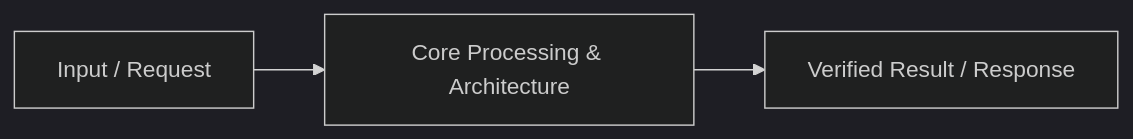
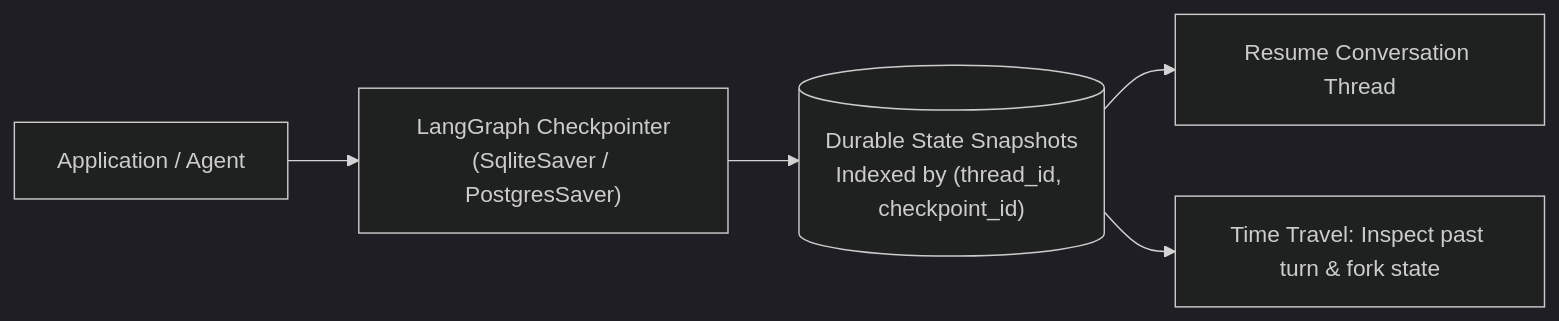
One commit to DeshDeepakKant/ai-engineering-docs changed the diagram in docs/04-agentic-ai-langgraph/01-agentic-ai-langgraph-campusx/14-how-to-build-a-resume-chat-feature-like-.md. Above: the diagram before and after it, drawn with Mermaid (dark theme). The commit also changed other lines of this file and 182 other files, not shown here.

````diff
--- a/docs/04-agentic-ai-langgraph/01-agentic-ai-langgraph-campusx/14-how-to-build-a-resume-chat-feature-like-.md
+++ b/docs/04-agentic-ai-langgraph/01-agentic-ai-langgraph-campusx/14-how-to-build-a-resume-chat-feature-like-.md
@@ -35,5 +35,10 @@
 ```mermaid
 flowchart LR
-    Input["Input / Request"] --> Engine["Core Processing & Architecture"]
-    Engine --> Output["Verified Result / Response"]
+    App["Application / Agent"] --> CP["LangGraph Checkpointer
+(SqliteSaver / PostgresSaver)"]
+    CP --> Snapshots[("Durable State Snapshots
+Indexed by (thread_id, checkpoint_id)")]
+
+    Snapshots --> Resume["Resume Conversation Thread"]
+    Snapshots --> TimeTravel["Time Travel: Inspect past turn & fork state"]
 ```
````
